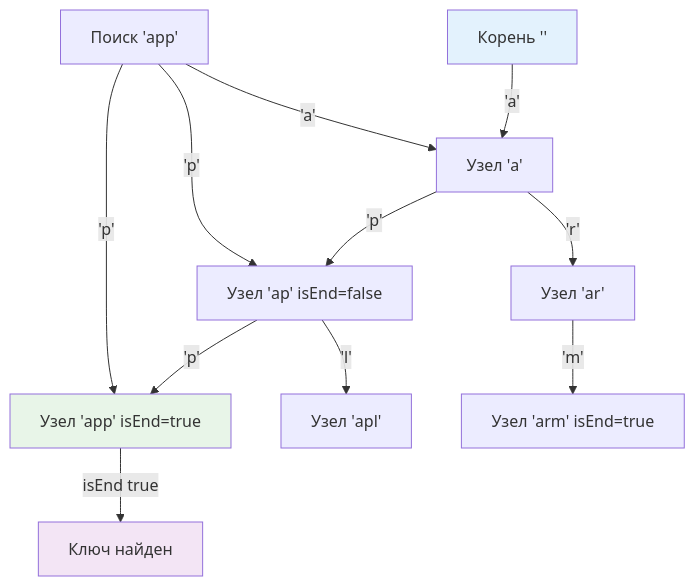
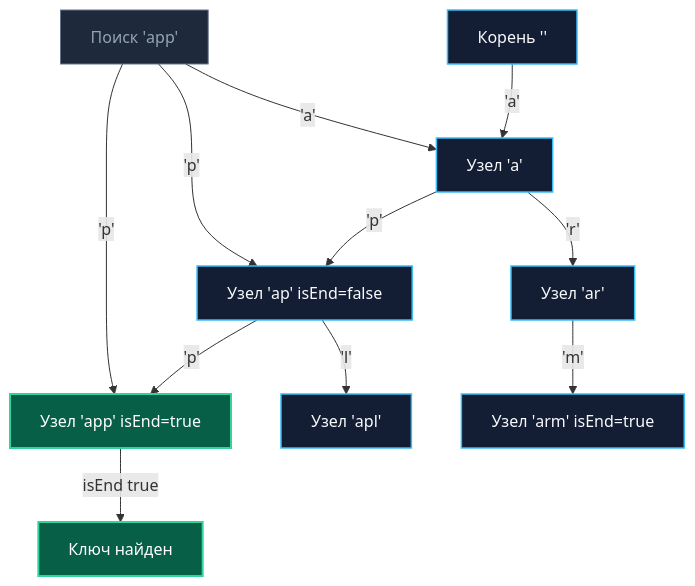
One commit to UnrealTemplier/go-textbook changed the diagram in sources/20. Алгоритмы и структуры данных (DSA) на Go/12. Строки/5. Trie для строк.md. Above: the diagram before and after it, drawn with Mermaid. The commit also changed other lines of this file, not shown here.

````diff
--- a/sources/20. Алгоритмы и структуры данных (DSA) на Go/12. Строки/5. Trie для строк.md
+++ b/sources/20. Алгоритмы и структуры данных (DSA) на Go/12. Строки/5. Trie для строк.md
@@ -21,18 +26,20 @@
 ```mermaid
 flowchart TD
     Root["Корень ''"] -->|'a'| N1["Узел 'a'"]
     N1 -->|'p'| N2["Узел 'ap' isEnd=false"]
     N1 -->|'r'| N3["Узел 'ar'"]
     N2 -->|'p'| N4["Узел 'app' isEnd=true"]
     N2 -->|'l'| N5["Узел 'apl'"]
     N3 -->|'m'| N6["Узел 'arm' isEnd=true"]
     
     Search["Поиск 'app'"] -->|'a'| N1
     Search -->|'p'| N2
     Search -->|'p'| N4
     N4 -->|isEnd true| Found["Ключ найден"]
-    
-    style Root fill:#e3f2fd
-    style N4 fill:#e8f5e8
-    style Found fill:#f3e5f5
+
+    classDef default fill:#131d33,stroke:#38bdf8,stroke-width:1.5px,color:#f8fafc;
+    classDef targetNode fill:#065f46,stroke:#34d399,stroke-width:2px,color:#ffffff;
+    classDef searchNode fill:#1e293b,stroke:#64748b,stroke-width:1px,color:#94a3b8;
+    class N4,Found targetNode;
+    class Search searchNode;
 ```
````
